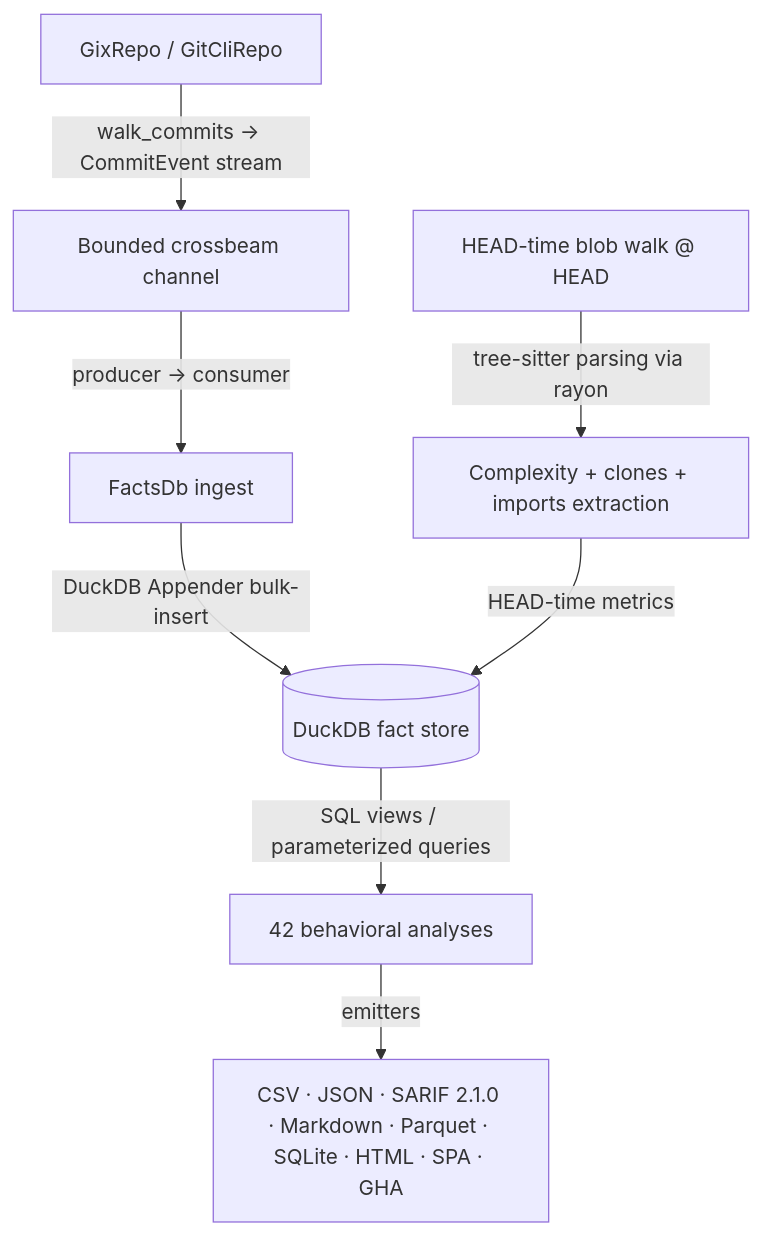
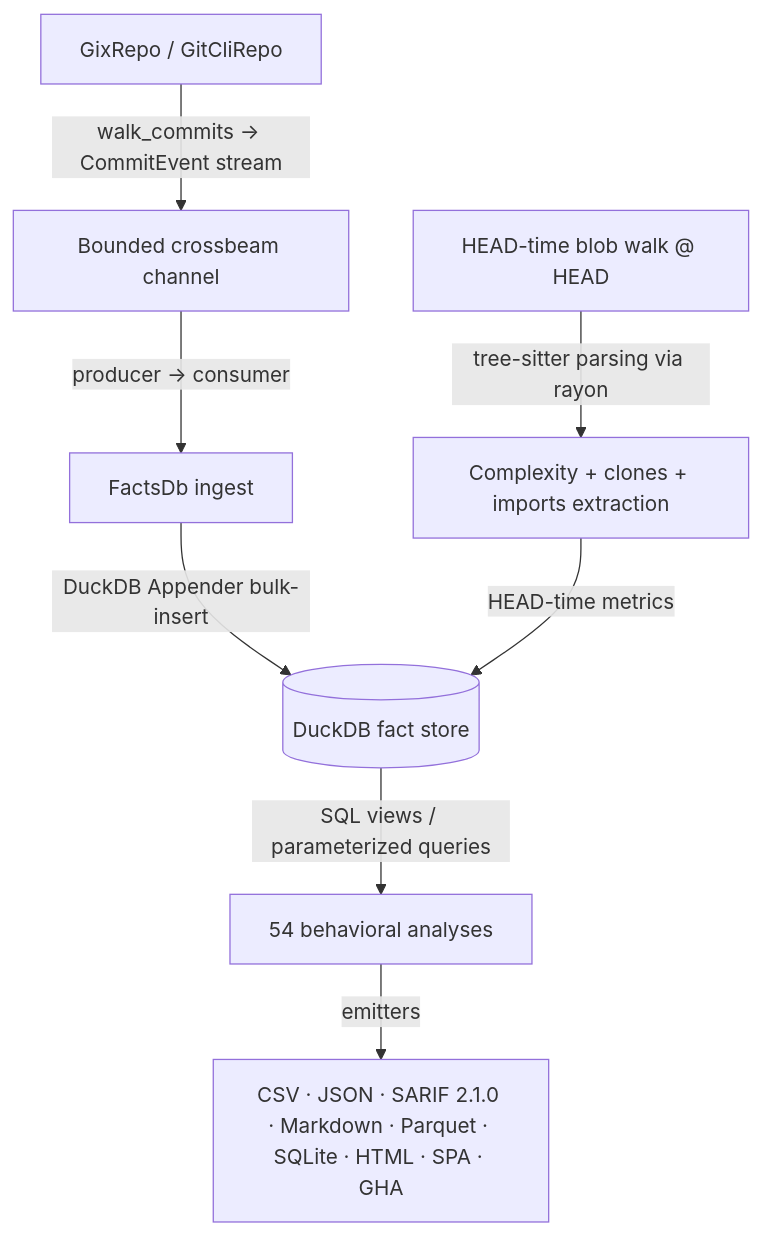
Before and after one commit to emrecdr/codelore: the diagram in docs/reports/deep_analysis_report.md, drawn with Mermaid. The commit also changed other lines of this file and 3 other files, not shown here.

````diff
--- a/docs/reports/deep_analysis_report.md
+++ b/docs/reports/deep_analysis_report.md
@@ -19,10 +19,10 @@
 ```mermaid
 graph TD
     A[GixRepo / GitCliRepo] -->|walk_commits → CommitEvent stream| B[Bounded crossbeam channel]
     B -->|producer → consumer| C[FactsDb ingest]
     C -->|DuckDB Appender bulk-insert| D[(DuckDB fact store)]
     E[HEAD-time blob walk @ HEAD] -->|tree-sitter parsing via rayon| F[Complexity + clones + imports extraction]
     F -->|HEAD-time metrics| D
-    D -->|SQL views / parameterized queries| G[42 behavioral analyses]
+    D -->|SQL views / parameterized queries| G[54 behavioral analyses]
     G -->|emitters| H[CSV · JSON · SARIF 2.1.0 · Markdown · Parquet · SQLite · HTML · SPA · GHA]
 ```
````
